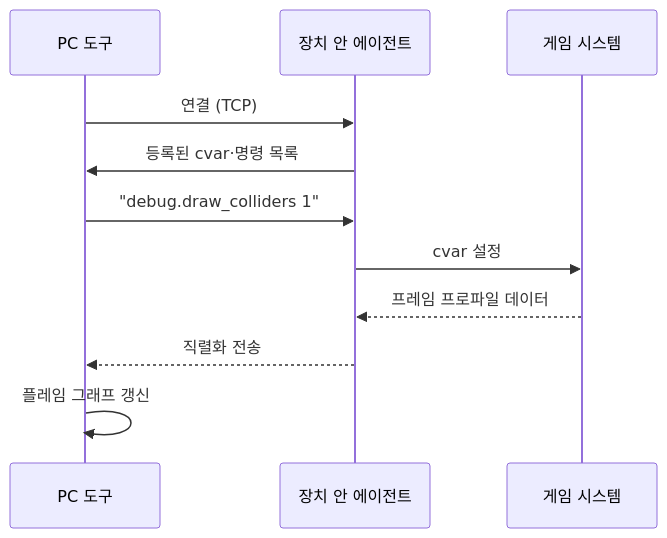
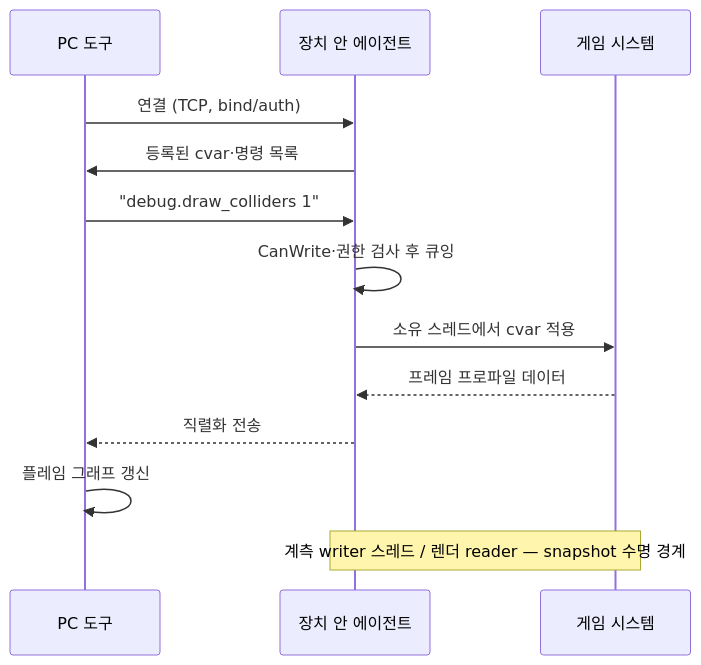
One commit to Rein-ArXiv/game-dev-curriculum changed the fifth of 5 diagrams in tools/part04_debug.md. Above: the diagram before and after it, drawn with Mermaid. The commit also changed other lines of this file and 279 other files, not shown here.

````diff
--- a/tools/part04_debug.md
+++ b/tools/part04_debug.md
@@ -543,13 +621,15 @@
 ```mermaid
 sequenceDiagram
     participant Tool as PC 도구
     participant Agent as 장치 안 에이전트
     participant Game as 게임 시스템
-    Tool->>Agent: 연결 (TCP)
+    Tool->>Agent: 연결 (TCP, bind/auth)
     Agent->>Tool: 등록된 cvar·명령 목록
     Tool->>Agent: "debug.draw_colliders 1"
-    Agent->>Game: cvar 설정
+    Agent->>Agent: CanWrite·권한 검사 후 큐잉
+    Agent->>Game: 소유 스레드에서 cvar 적용
     Game-->>Agent: 프레임 프로파일 데이터
     Agent-->>Tool: 직렬화 전송
     Tool->>Tool: 플레임 그래프 갱신
+    Note over Agent,Game: 계측 writer 스레드 / 렌더 reader — snapshot 수명 경계
 ```
````
